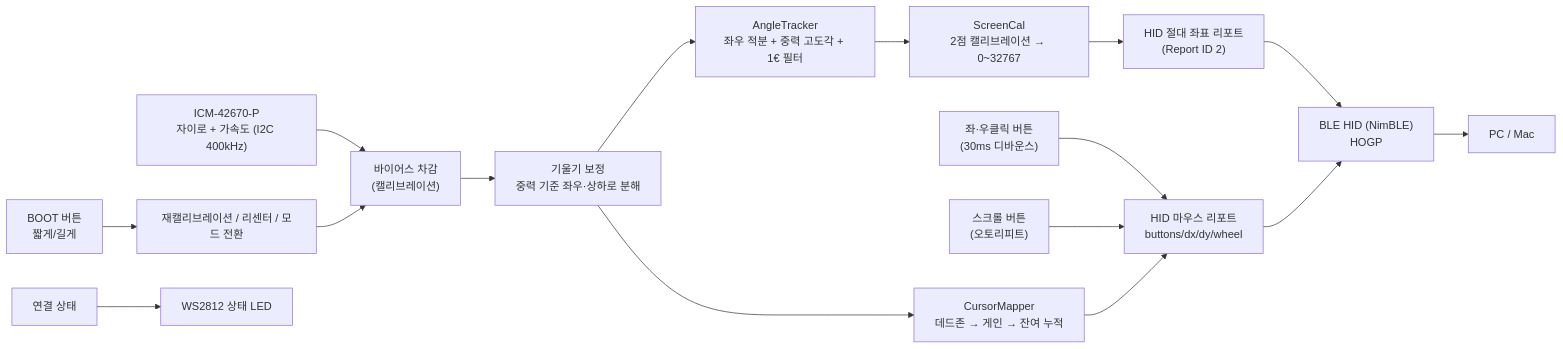
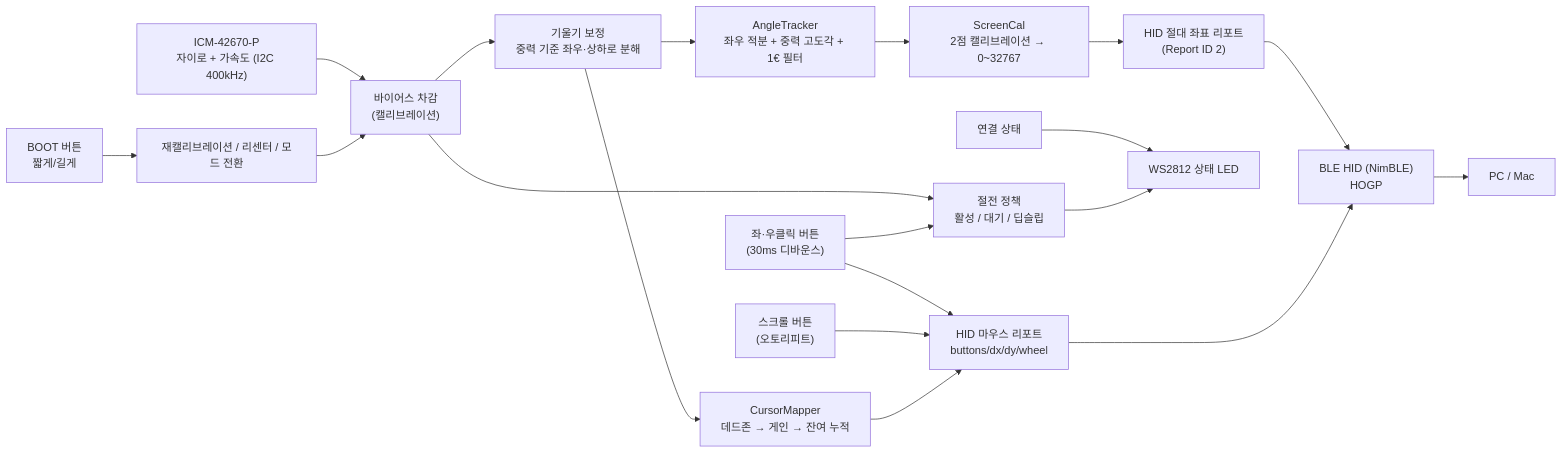
Before and after one commit to barmi/esp32c3-airmouse: the first of 2 diagrams in docs/architecture.md, drawn with Mermaid. The commit also changed other lines of this file and 13 other files, not shown here.

````diff
--- a/docs/architecture.md
+++ b/docs/architecture.md
@@ -5,18 +5,21 @@
 ```mermaid
 flowchart LR
     IMU["ICM-42670-P<br/>자이로 + 가속도 (I2C 400kHz)"] --> Bias["바이어스 차감<br/>(캘리브레이션)"]
     Bias --> Tilt["기울기 보정<br/>중력 기준 좌우·상하로 분해"]
     Tilt --> Map["CursorMapper<br/>데드존 → 게인 → 잔여 누적"]
     Tilt --> Ang["AngleTracker<br/>좌우 적분 + 중력 고도각 + 1€ 필터"]
     Ang --> Cal["ScreenCal<br/>2점 캘리브레이션 → 0~32767"]
     Cal --> Abs["HID 절대 좌표 리포트<br/>(Report ID 2)"]
     Abs --> BLE
     Click["좌·우클릭 버튼<br/>(30ms 디바운스)"] --> Report
     Scroll["스크롤 버튼<br/>(오토리피트)"] --> Report
     Boot["BOOT 버튼<br/>짧게/길게"] --> Recal["재캘리브레이션 / 리센터 / 모드 전환"]
     Recal --> Bias
     Map --> Report["HID 마우스 리포트<br/>buttons/dx/dy/wheel"]
     Report --> BLE["BLE HID (NimBLE)<br/>HOGP"]
     BLE --> Host["PC / Mac"]
     Conn["연결 상태"] --> LED["WS2812 상태 LED"]
+    Bias --> Power["절전 정책<br/>활성 / 대기 / 딥슬립"]
+    Click --> Power
+    Power --> LED
 ```
````
